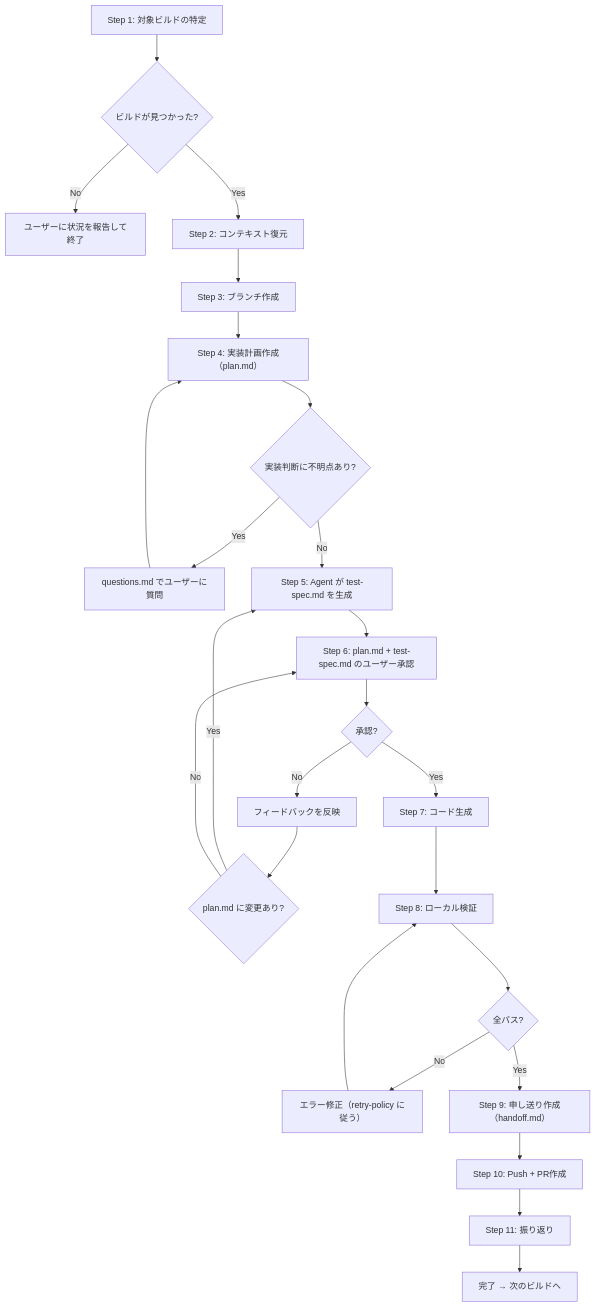
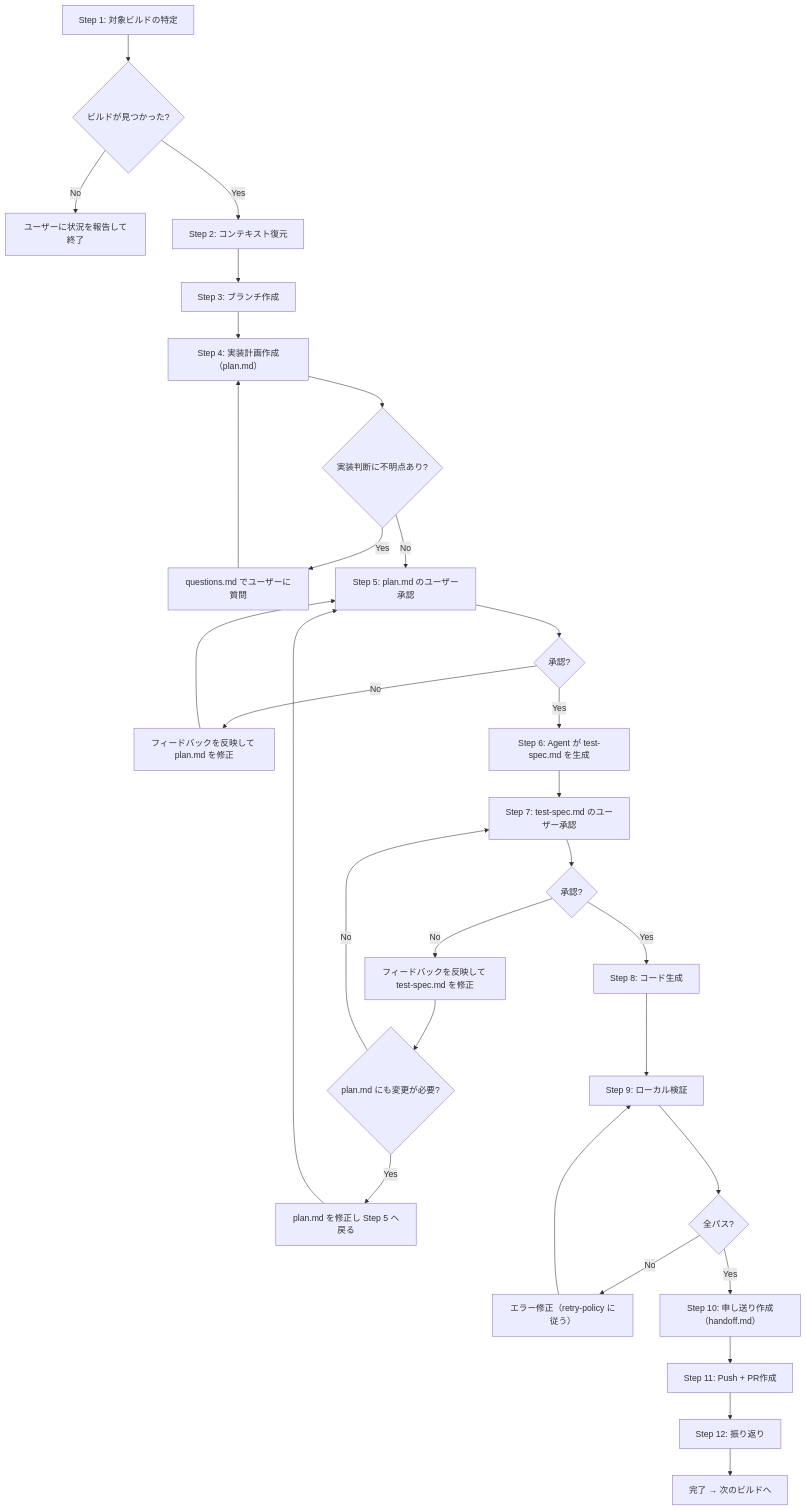
The diagram in skills/hikyaku-builder/SKILL.md (tak-solder/hikyaku), drawn with Mermaid before and after one commit. The commit also changed other lines of this file, not shown here.

Commit message:
builderのplan.mdとtest-spec.mdの承認ステップを分離
plan変更時にtest-specの再生成が必要になるケースが多いため、
plan.mdを先に承認確定してからtest-spec.mdを生成・承認する
フローに変更。ステップ番号をStep 5〜12に再採番。

````diff
--- a/skills/hikyaku-builder/SKILL.md
+++ b/skills/hikyaku-builder/SKILL.md
@@ -102,29 +102,35 @@
 ```mermaid
 flowchart TD
     S1["Step 1: 対象ビルドの特定"] --> S1a{"ビルドが見つかった?"}
     S1a -- No --> S1b["ユーザーに状況を報告して終了"]
     S1a -- Yes --> S2["Step 2: コンテキスト復元"]
     S2 --> S3["Step 3: ブランチ作成"]
     S3 --> S4["Step 4: 実装計画作成（plan.md）"]
 
     S4 --> S4a{"実装判断に不明点あり?"}
     S4a -- Yes --> S4b["questions.md でユーザーに質問"]
     S4b --> S4
-    S4a -- No --> S5["Step 5: Agent が test-spec.md を生成"]
-    S5 --> S6["Step 6: plan.md + test-spec.md のユーザー承認"]
+    S4a -- No --> S5["Step 5: plan.md のユーザー承認"]
 
-    S6 --> S6a{"承認?"}
-    S6a -- No --> S6b["フィードバックを反映"]
-    S6b --> S6c{"plan.md に変更あり?"}
-    S6c -- Yes --> S5
-    S6c -- No --> S6
-    S6a -- Yes --> S7["Step 7: コード生成"]
-    S7 --> S8["Step 8: ローカル検証"]
-    S8 --> S8a{"全パス?"}
-    S8a -- No --> S8b["エラー修正（retry-policy に従う）"]
-    S8b --> S8
-    S8a -- Yes --> S9["Step 9: 申し送り作成（handoff.md）"]
-    S9 --> S10["Step 10: Push + PR作成"]
-    S10 --> S11["Step 11: 振り返り"]
-    S11 --> Done["完了 → 次のビルドへ"]
+    S5 --> S5a{"承認?"}
+    S5a -- No --> S5b["フィードバックを反映して plan.md を修正"]
+    S5b --> S5
+    S5a -- Yes --> S6["Step 6: Agent が test-spec.md を生成"]
+    S6 --> S7["Step 7: test-spec.md のユーザー承認"]
+
+    S7 --> S7a{"承認?"}
+    S7a -- No --> S7b["フィードバックを反映して test-spec.md を修正"]
+    S7b --> S7c{"plan.md にも変更が必要?"}
+    S7c -- Yes --> S7d["plan.md を修正し Step 5 へ戻る"]
+    S7d --> S5
+    S7c -- No --> S7
+    S7a -- Yes --> S8["Step 8: コード生成"]
+    S8 --> S9["Step 9: ローカル検証"]
+    S9 --> S9a{"全パス?"}
+    S9a -- No --> S9b["エラー修正（retry-policy に従う）"]
+    S9b --> S9
+    S9a -- Yes --> S10["Step 10: 申し送り作成（handoff.md）"]
+    S10 --> S11["Step 11: Push + PR作成"]
+    S11 --> S12["Step 12: 振り返り"]
+    S12 --> Done["完了 → 次のビルドへ"]
 ```
````
